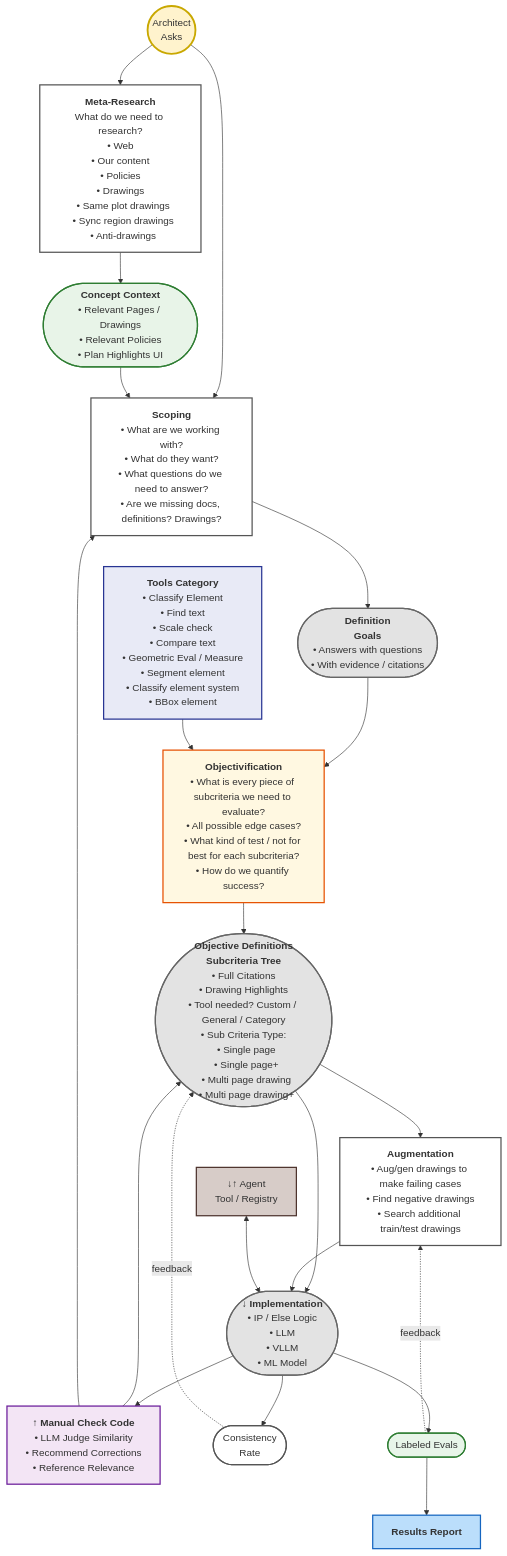
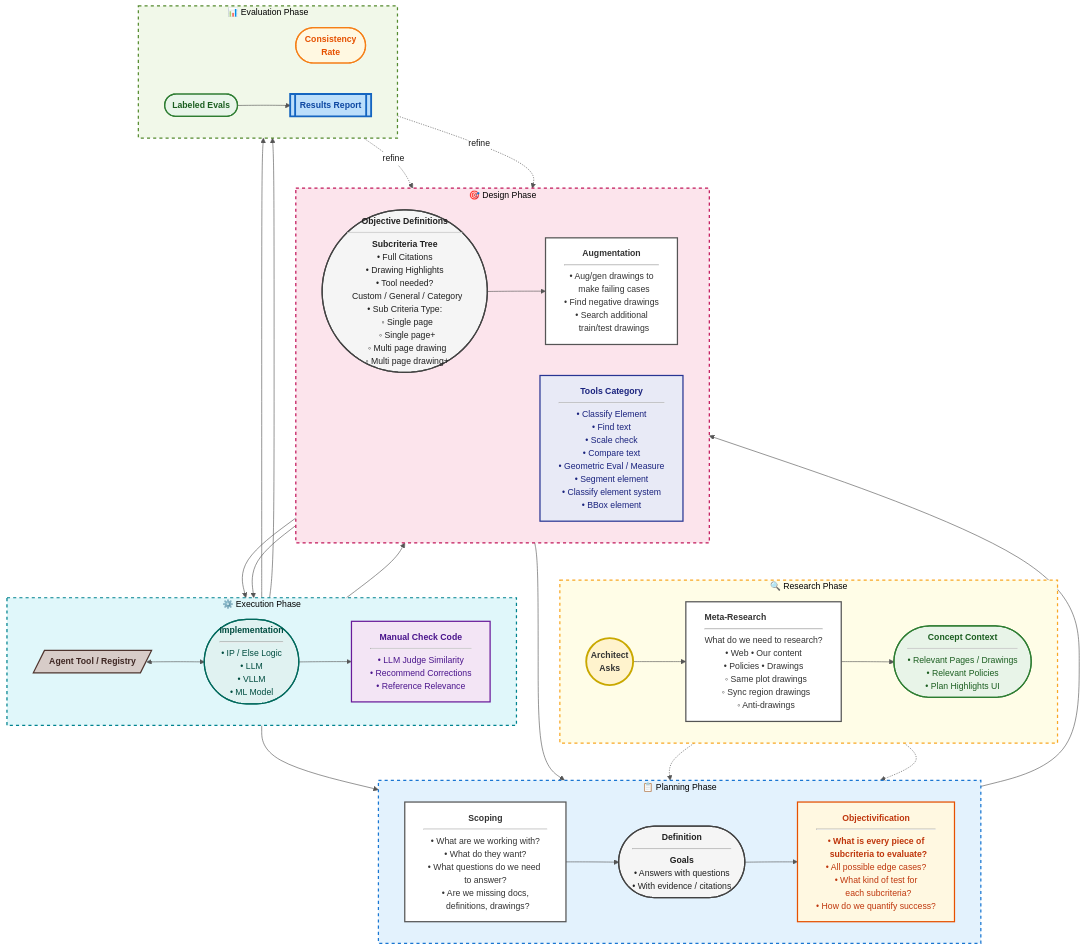
Before and after one commit to Ethan-Otto/meta_claude_code: the diagram in flowchart.mmd, drawn with Mermaid. The commit also changed 1 other file, not shown here.

Commit message:
Restyle Mermaid flowchart with phase-based subgraphs
- Group nodes into 5 phases: Research, Planning, Design,
  Execution, Evaluation
- Color-coded subgraphs with dashed borders
- Improved node styling with consistent color palette per role
- Used htmlLabels with <hr/> dividers for cleaner layout
- Curved (basis) connector style

https://claude.ai/code/session_01ACqAQYPFBbKpKmakn9XRgH

```diff
--- a/flowchart.mmd
+++ b/flowchart.mmd
@@ -1,84 +1,120 @@
-flowchart TD
-    %% ==== Top row: Architect pipeline ====
-    Architect(("Architect<br/>Asks"))
-    MetaResearch["<b>Meta-Research</b><br/>What do we need to research?<br/>• Web<br/>• Our content<br/>• Policies<br/>• Drawings<br/>&nbsp;&nbsp;• Same plot drawings<br/>&nbsp;&nbsp;• Sync region drawings<br/>&nbsp;&nbsp;• Anti-drawings"]
-    ConceptContext(["<b>Concept Context</b><br/>• Relevant Pages / Drawings<br/>• Relevant Policies<br/>• Plan Highlights UI"])
+---
+config:
+  theme: base
+  themeVariables:
+    primaryColor: '#fff'
+    primaryTextColor: '#1a1a1a'
+    primaryBorderColor: '#555'
+    lineColor: '#555'
+    fontSize: 14px
+    fontFamily: 'Segoe UI, Arial, sans-serif'
+  flowchart:
+    curve: basis
+    nodeSpacing: 50
+    rankSpacing: 60
+    padding: 15
+    htmlLabels: true
+---
+flowchart TB
 
-    %% ==== Scoping / Definition / Objectivification ====
-    Scoping["<b>Scoping</b><br/>• What are we working with?<br/>• What do they want?<br/>• What questions do we need to answer?<br/>• Are we missing docs, definitions? Drawings?"]
-    Definition(["<b>Definition</b><br/><b>Goals</b><br/>• Answers with questions<br/>• With evidence / citations"])
-    Objectivification["<b>Objectivification</b><br/>• What is every piece of subcriteria we need to evaluate?<br/>• All possible edge cases?<br/>• What kind of test / not for best for each subcriteria?<br/>• How do we quantify success?"]
+%% ============== RESEARCH PHASE ==============
+subgraph RESEARCH["&nbsp;&nbsp;🔍 Research Phase&nbsp;&nbsp;"]
+    direction LR
+    Architect(("<b>Architect</b><br/>Asks"))
+    MetaResearch["<b>Meta-Research</b><hr/>What do we need to research?<br/>• Web • Our content<br/>• Policies • Drawings<br/>&nbsp;&nbsp;◦ Same plot drawings<br/>&nbsp;&nbsp;◦ Sync region drawings<br/>&nbsp;&nbsp;◦ Anti-drawings"]
+    ConceptContext(["<b>Concept Context</b><hr/>• Relevant Pages / Drawings<br/>• Relevant Policies<br/>• Plan Highlights UI"])
+    Architect --> MetaResearch --> ConceptContext
+end
 
-    %% ==== Tools Category ====
-    Tools["<b>Tools Category</b><br/>• Classify Element<br/>• Find text<br/>• Scale check<br/>• Compare text<br/>• Geometric Eval / Measure<br/>• Segment element<br/>• Classify element system<br/>• BBox element"]
+%% ============== PLANNING PHASE ==============
+subgraph PLANNING["&nbsp;&nbsp;📋 Planning Phase&nbsp;&nbsp;"]
+    direction LR
+    Scoping["<b>Scoping</b><hr/>• What are we working with?<br/>• What do they want?<br/>• What questions do we need to answer?<br/>• Are we missing docs,<br/>&nbsp;&nbsp;definitions, drawings?"]
+    Definition(["<b>Definition</b><hr/><b>Goals</b><br/>• Answers with questions<br/>• With evidence / citations"])
+    Objectivification["<b>Objectivification</b><hr/>• <b>What is every piece of<br/>&nbsp;&nbsp;subcriteria to evaluate?</b><br/>• All possible edge cases?<br/>• What kind of test for<br/>&nbsp;&nbsp;each subcriteria?<br/>• How do we quantify success?"]
+    Scoping --> Definition --> Objectivification
+end
 
-    %% ==== Objective Definitions / Augmentation ====
-    ObjDef(["<b>Objective Definitions</b><br/><b>Subcriteria Tree</b><br/>• Full Citations<br/>• Drawing Highlights<br/>• Tool needed? Custom / General / Category<br/>• Sub Criteria Type:<br/>&nbsp;&nbsp;• Single page<br/>&nbsp;&nbsp;• Single page+<br/>&nbsp;&nbsp;• Multi page drawing<br/>&nbsp;&nbsp;• Multi page drawing+"])
-    Augmentation["<b>Augmentation</b><br/>• Aug/gen drawings to make failing cases<br/>• Find negative drawings<br/>• Search additional train/test drawings"]
+%% ============== DESIGN PHASE ==============
+subgraph DESIGN["&nbsp;&nbsp;🎯 Design Phase&nbsp;&nbsp;"]
+    direction LR
+    ObjDef(["<b>Objective Definitions</b><hr/><b>Subcriteria Tree</b><br/>• Full Citations<br/>• Drawing Highlights<br/>• Tool needed?<br/>&nbsp;&nbsp;Custom / General / Category<br/>• Sub Criteria Type:<br/>&nbsp;&nbsp;◦ Single page<br/>&nbsp;&nbsp;◦ Single page+<br/>&nbsp;&nbsp;◦ Multi page drawing<br/>&nbsp;&nbsp;◦ Multi page drawing+"])
+    Augmentation["<b>Augmentation</b><hr/>• Aug/gen drawings to<br/>&nbsp;&nbsp;make failing cases<br/>• Find negative drawings<br/>• Search additional<br/>&nbsp;&nbsp;train/test drawings"]
+    Tools["<b>Tools Category</b><hr/>• Classify Element<br/>• Find text<br/>• Scale check<br/>• Compare text<br/>• Geometric Eval / Measure<br/>• Segment element<br/>• Classify element system<br/>• BBox element"]
+    ObjDef --> Augmentation
+end
 
-    %% ==== Manual Check ====
-    ManualCheck["<b>↑ Manual Check Code</b><br/>• LLM Judge Similarity<br/>• Recommend Corrections<br/>• Reference Relevance"]
+%% ============== EXECUTION PHASE ==============
+subgraph EXECUTION["&nbsp;&nbsp;⚙️ Execution Phase&nbsp;&nbsp;"]
+    direction LR
+    ManualCheck["<b>Manual Check Code</b><hr/>• LLM Judge Similarity<br/>• Recommend Corrections<br/>• Reference Relevance"]
+    Implementation(["<b>Implementation</b><hr/>• IP / Else Logic<br/>• LLM<br/>• VLLM<br/>• ML Model"])
+    ToolRegistry[/"<b>Agent Tool / Registry</b>"/]
+end
 
-    %% ==== Implementation (state) ====
-    Implementation(["<b>↓ Implementation</b><br/>• IP / Else Logic<br/>• LLM<br/>• VLLM<br/>• ML Model"])
+%% ============== EVALUATION PHASE ==============
+subgraph EVALUATION["&nbsp;&nbsp;📊 Evaluation Phase&nbsp;&nbsp;"]
+    direction LR
+    ConsistencyRate(["<b>Consistency<br/>Rate</b>"])
+    LabeledEvals(["<b>Labeled Evals</b>"])
+    ResultsReport[["<b>Results Report</b>"]]
+end
 
-    %% ==== Consistency Rate / Labeled Evals ====
-    ConsistencyRate(["Consistency<br/>Rate"])
-    LabeledEvals(["Labeled Evals"])
+%% ============== CROSS-PHASE CONNECTIONS ==============
+Architect -.-> Scoping
+ConceptContext -.-> Scoping
+Tools --> Objectivification
+Objectivification --> ObjDef
+ObjDef --> Implementation
+Augmentation --> Implementation
+Implementation --> ManualCheck
+ManualCheck --> ObjDef
+ManualCheck --> Scoping
+Implementation --> ConsistencyRate
+Implementation --> LabeledEvals
+LabeledEvals --> ResultsReport
+ToolRegistry <--> Implementation
 
-    %% ==== Results / Tool Registry ====
-    ResultsReport["<b>Results Report</b>"]
-    ToolRegistry["↓↑ Agent<br/>Tool / Registry"]
+%% Feedback loops
+ConsistencyRate -. "refine" .-> ObjDef
+LabeledEvals -. "refine" .-> Augmentation
 
-    %% ==== Connections ====
-    Architect --> MetaResearch
-    MetaResearch --> ConceptContext
-    Architect --> Scoping
-    ConceptContext --> Scoping
-    Scoping --> Definition
-    Definition --> Objectivification
-    Tools --> Objectivification
-    Objectivification --> ObjDef
-    ObjDef --> Augmentation
-    ObjDef --> Implementation
-    Augmentation --> Implementation
-    Implementation --> ManualCheck
-    ManualCheck --> ObjDef
-    ManualCheck --> Scoping
-    Implementation --> ConsistencyRate
-    Implementation --> LabeledEvals
-    LabeledEvals --> ResultsReport
-    ToolRegistry <--> Implementation
+%% ============== STYLING ==============
+classDef architectStyle fill:#fff3cd,stroke:#c9a800,stroke-width:3px,color:#333,font-weight:bold
+classDef metaStyle fill:#ffffff,stroke:#555,stroke-width:2px,color:#333,text-align:left
+classDef conceptStyle fill:#e8f4e8,stroke:#2e7d32,stroke-width:2px,color:#1b5e20
+classDef scopingStyle fill:#ffffff,stroke:#555,stroke-width:2px,color:#333
+classDef definitionStyle fill:#f5f5f5,stroke:#424242,stroke-width:2px,color:#212121
+classDef objStyle fill:#fff8e1,stroke:#e65100,stroke-width:2px,color:#bf360c
+classDef toolsStyle fill:#e8eaf6,stroke:#283593,stroke-width:2px,color:#1a237e
+classDef objdefStyle fill:#f5f5f5,stroke:#424242,stroke-width:2px,color:#212121
+classDef augStyle fill:#ffffff,stroke:#555,stroke-width:2px,color:#333
+classDef manualStyle fill:#f3e5f5,stroke:#6a1b9a,stroke-width:2px,color:#4a148c
+classDef implStyle fill:#e0f2f1,stroke:#00695c,stroke-width:2px,color:#004d40
+classDef rateStyle fill:#fff8e1,stroke:#f57f17,stroke-width:2px,color:#e65100
+classDef evalsStyle fill:#e8f5e9,stroke:#2e7d32,stroke-width:2px,color:#1b5e20
+classDef resultsStyle fill:#bbdefb,stroke:#1565c0,stroke-width:3px,color:#0d47a1,font-weight:bold
+classDef registryStyle fill:#d7ccc8,stroke:#4e342e,stroke-width:2px,color:#3e2723
 
-    %% Feedback loops (dashed)
-    ConsistencyRate -.->|feedback| ObjDef
-    LabeledEvals -.->|feedback| Augmentation
+class Architect architectStyle
+class MetaResearch metaStyle
+class ConceptContext conceptStyle
+class Scoping scopingStyle
+class Definition definitionStyle
+class Objectivification objStyle
+class Tools toolsStyle
+class ObjDef objdefStyle
+class Augmentation augStyle
+class ManualCheck manualStyle
+class Implementation implStyle
+class ConsistencyRate rateStyle
+class LabeledEvals evalsStyle
+class ResultsReport resultsStyle
+class ToolRegistry registryStyle
 
-    %% ==== Styling ====
-    classDef processBox fill:#fff,stroke:#555,stroke-width:2px
-    classDef stateBox fill:#e3e3e3,stroke:#666,stroke-width:2px
-    classDef metaBox fill:#fff,stroke:#555,stroke-width:2px
-    classDef conceptBox fill:#e8f4e8,stroke:#2e7d32,stroke-width:2px
-    classDef objBox fill:#fff8e1,stroke:#e65100,stroke-width:2px
-    classDef toolsBox fill:#e8eaf6,stroke:#283593,stroke-width:2px
-    classDef manualBox fill:#f3e5f5,stroke:#6a1b9a,stroke-width:2px
-    classDef evalsBox fill:#e8f5e9,stroke:#2e7d32,stroke-width:2px
-    classDef resultsBox fill:#bbdefb,stroke:#1565c0,stroke-width:2px
-    classDef registryBox fill:#d7ccc8,stroke:#4e342e,stroke-width:2px
-    classDef architectBox fill:#fff3cd,stroke:#c9a800,stroke-width:3px
-
-    class Architect architectBox
-    class MetaResearch metaBox
-    class ConceptContext conceptBox
-    class Scoping processBox
-    class Definition stateBox
-    class Objectivification objBox
-    class Tools toolsBox
-    class ObjDef stateBox
-    class Augmentation processBox
-    class ManualCheck manualBox
-    class Implementation stateBox
-    class ConsistencyRate processBox
-    class LabeledEvals evalsBox
-    class ResultsReport resultsBox
-    class ToolRegistry registryBox
+%% Subgraph styling
+style RESEARCH fill:#fffde7,stroke:#f9a825,stroke-width:2px,stroke-dasharray: 5 5
+style PLANNING fill:#e3f2fd,stroke:#1976d2,stroke-width:2px,stroke-dasharray: 5 5
+style DESIGN fill:#fce4ec,stroke:#c2185b,stroke-width:2px,stroke-dasharray: 5 5
+style EXECUTION fill:#e0f7fa,stroke:#00838f,stroke-width:2px,stroke-dasharray: 5 5
+style EVALUATION fill:#f1f8e9,stroke:#558b2f,stroke-width:2px,stroke-dasharray: 5 5
```
